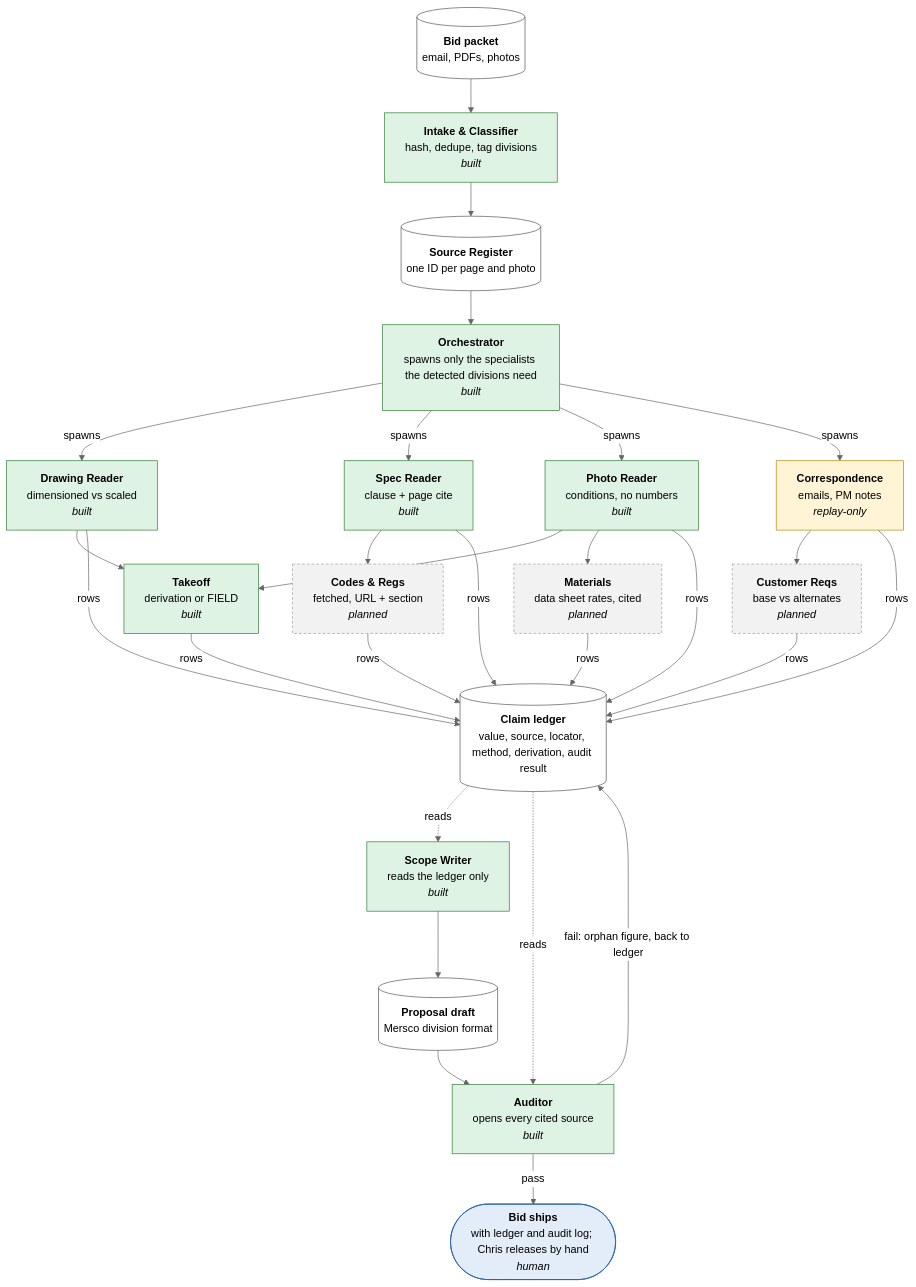
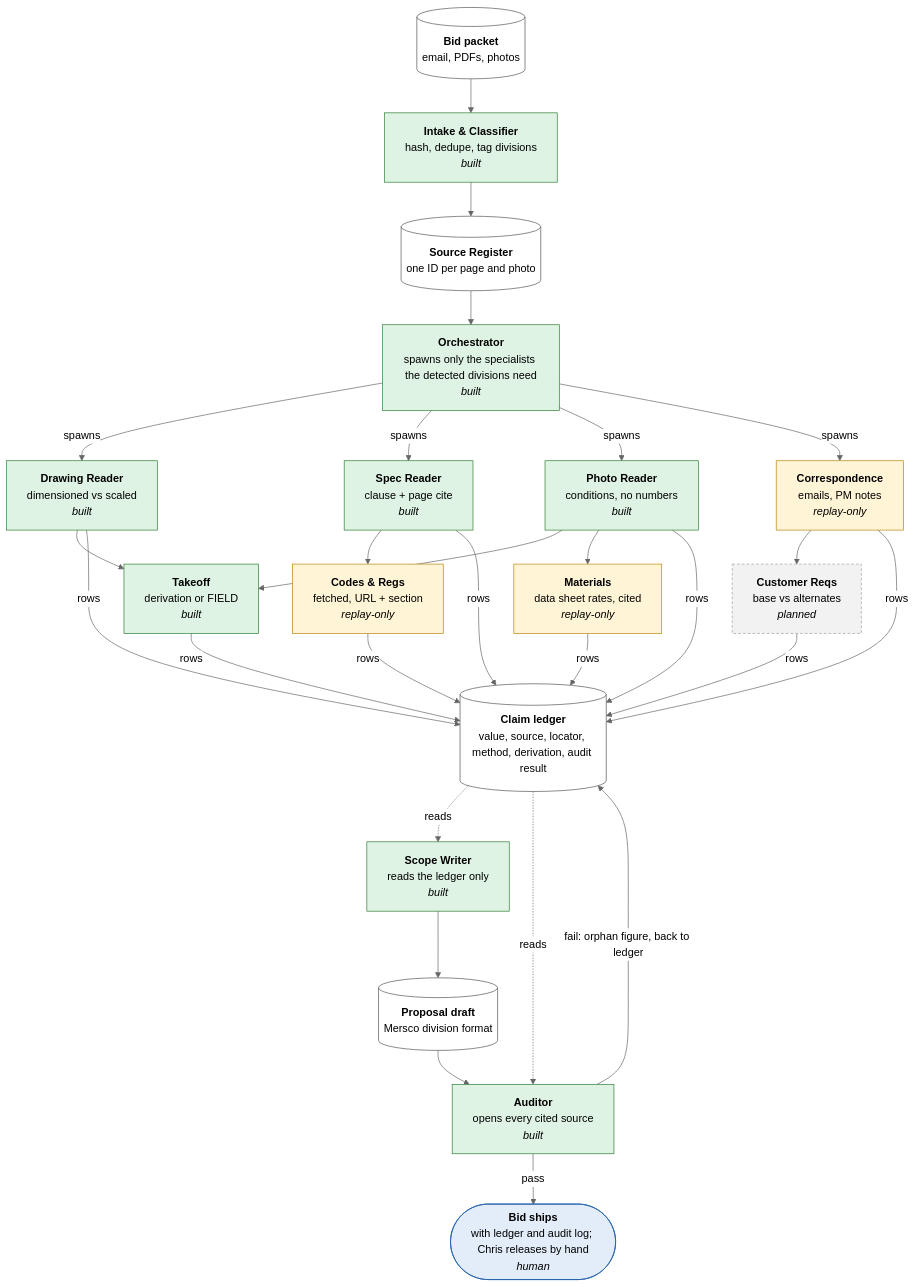
The diagram in docs/pipeline-dag.md (ScottyN000/ChrisBids), drawn with Mermaid (neutral theme) before and after one commit. The commit also changed other lines of this file and 20 other files, not shown here.

First line of the commit message:
Phase 4: Codes & Regs and Materials read the pages a job needs and cite them

````diff
--- a/docs/pipeline-dag.md
+++ b/docs/pipeline-dag.md
@@ -9,56 +9,56 @@
 ```mermaid
 flowchart TD
     packet[("<b>Bid packet</b><br/>email, PDFs, photos")]
     intake["<b>Intake & Classifier</b><br/>hash, dedupe, tag divisions<br/><i>built</i>"]
     register[("<b>Source Register</b><br/>one ID per page and photo")]
     orchestrator["<b>Orchestrator</b><br/>spawns only the specialists the detected divisions need<br/><i>built</i>"]
     drawing["<b>Drawing Reader</b><br/>dimensioned vs scaled<br/><i>built</i>"]
     spec["<b>Spec Reader</b><br/>clause + page cite<br/><i>built</i>"]
     photo["<b>Photo Reader</b><br/>conditions, no numbers<br/><i>built</i>"]
     correspondence["<b>Correspondence</b><br/>emails, PM notes<br/><i>replay-only</i>"]
     takeoff["<b>Takeoff</b><br/>derivation or FIELD<br/><i>built</i>"]
-    codes["<b>Codes & Regs</b><br/>fetched, URL + section<br/><i>planned</i>"]
-    materials["<b>Materials</b><br/>data sheet rates, cited<br/><i>planned</i>"]
+    codes["<b>Codes & Regs</b><br/>fetched, URL + section<br/><i>replay-only</i>"]
+    materials["<b>Materials</b><br/>data sheet rates, cited<br/><i>replay-only</i>"]
     customer["<b>Customer Reqs</b><br/>base vs alternates<br/><i>planned</i>"]
     ledger[("<b>Claim ledger</b><br/>value, source, locator, method, derivation, audit result")]
     scope_writer["<b>Scope Writer</b><br/>reads the ledger only<br/><i>built</i>"]
     draft[("<b>Proposal draft</b><br/>Mersco division format")]
     auditor["<b>Auditor</b><br/>opens every cited source<br/><i>built</i>"]
     ships(["<b>Bid ships</b><br/>with ledger and audit log; Chris releases by hand<br/><i>human</i>"])
     packet --> intake
     intake --> register
     register --> orchestrator
     orchestrator -->|spawns| drawing
     orchestrator -->|spawns| spec
     orchestrator -->|spawns| photo
     orchestrator -->|spawns| correspondence
     drawing --> takeoff
     photo --> takeoff
     spec --> codes
     photo --> materials
     correspondence --> customer
     drawing -->|rows| ledger
     spec -->|rows| ledger
     photo -->|rows| ledger
     correspondence -->|rows| ledger
     takeoff -->|rows| ledger
     codes -->|rows| ledger
     materials -->|rows| ledger
     customer -->|rows| ledger
     ledger -.->|reads| scope_writer
     scope_writer --> draft
     draft --> auditor
     ledger -.->|reads| auditor
     auditor -->|fail: orphan figure, back to ledger| ledger
     auditor -->|pass| ships
     classDef built fill:#dff3e4,stroke:#2e7d32
     classDef replay fill:#fff4d6,stroke:#b8860b
     classDef planned fill:#f2f2f2,stroke:#9e9e9e,stroke-dasharray: 4 3
     classDef human fill:#e3edf9,stroke:#1f5fa8
     classDef data fill:#ffffff,stroke:#555
     class intake,orchestrator,drawing,spec,photo,takeoff,scope_writer,auditor built
-    class correspondence replay
-    class codes,materials,customer planned
+    class correspondence,codes,materials replay
+    class customer planned
     class ships human
     class packet,register,ledger,draft data
 ```
````
